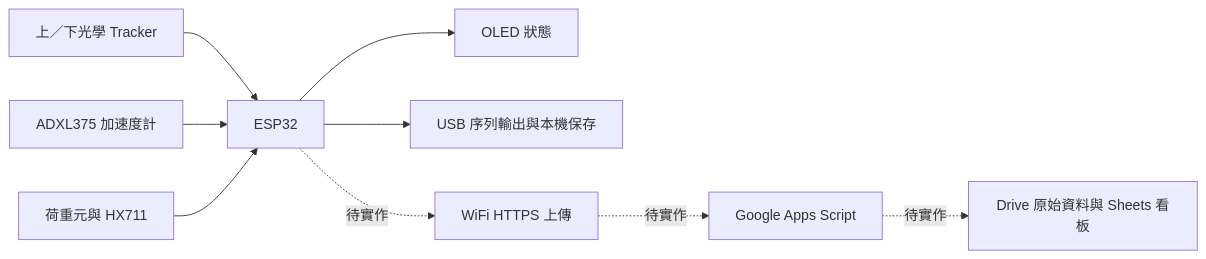
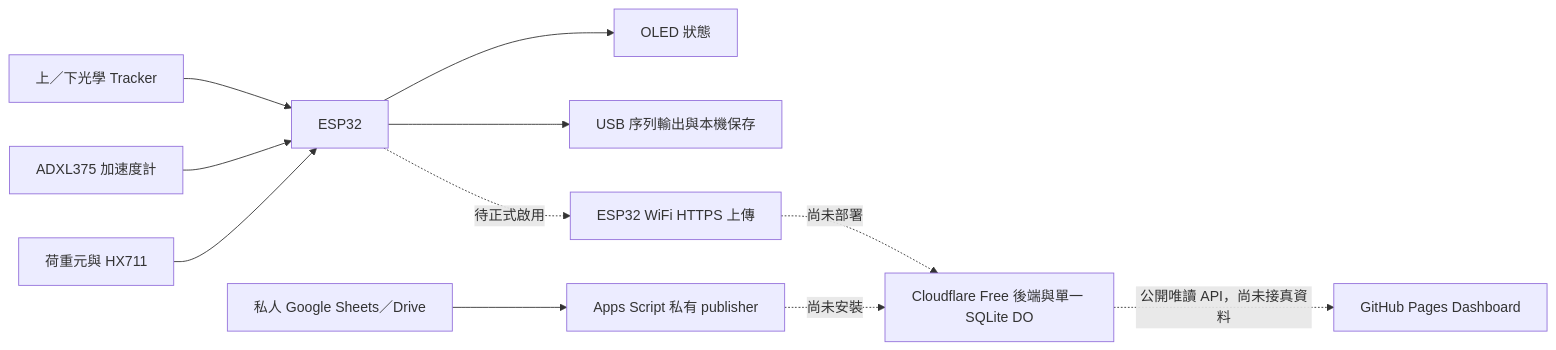
The diagram in README.md (chiangyih/Impact_Resistance_Test), drawn with Mermaid before and after one commit. The commit also changed other lines of this file, not shown here.

Commit message:
docs: update project status and dashboard architecture

````diff
--- a/README.md
+++ b/README.md
@@ -36,11 +36,13 @@
 ```mermaid
 flowchart LR
     O[上／下光學 Tracker] --> E[ESP32]
     A[ADXL375 加速度計] --> E
     H[荷重元與 HX711] --> E
     E --> D[OLED 狀態]
     E --> S[USB 序列輸出與本機保存]
-    E -. 待實作 .-> W[WiFi HTTPS 上傳]
-    W -. 待實作 .-> G[Google Apps Script]
-    G -. 待實作 .-> C[Drive 原始資料與 Sheets 看板]
+    E -. 待正式啟用 .-> W[ESP32 WiFi HTTPS 上傳]
+    W -. 尚未部署 .-> CF[Cloudflare Free 後端與單一 SQLite DO]
+    G[私人 Google Sheets／Drive] --> P[Apps Script 私有 publisher]
+    P -. 尚未安裝 .-> CF
+    CF -. 公開唯讀 API，尚未接真資料 .-> GH[GitHub Pages Dashboard]
 ```
````
